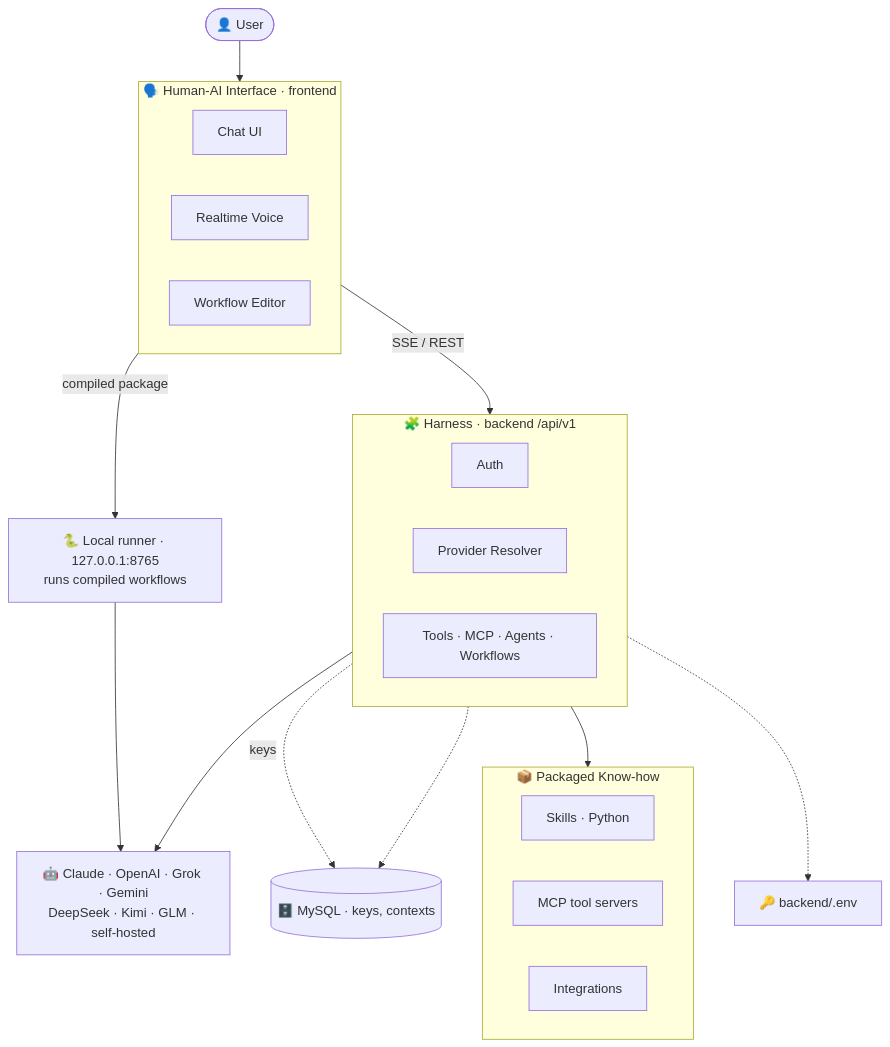
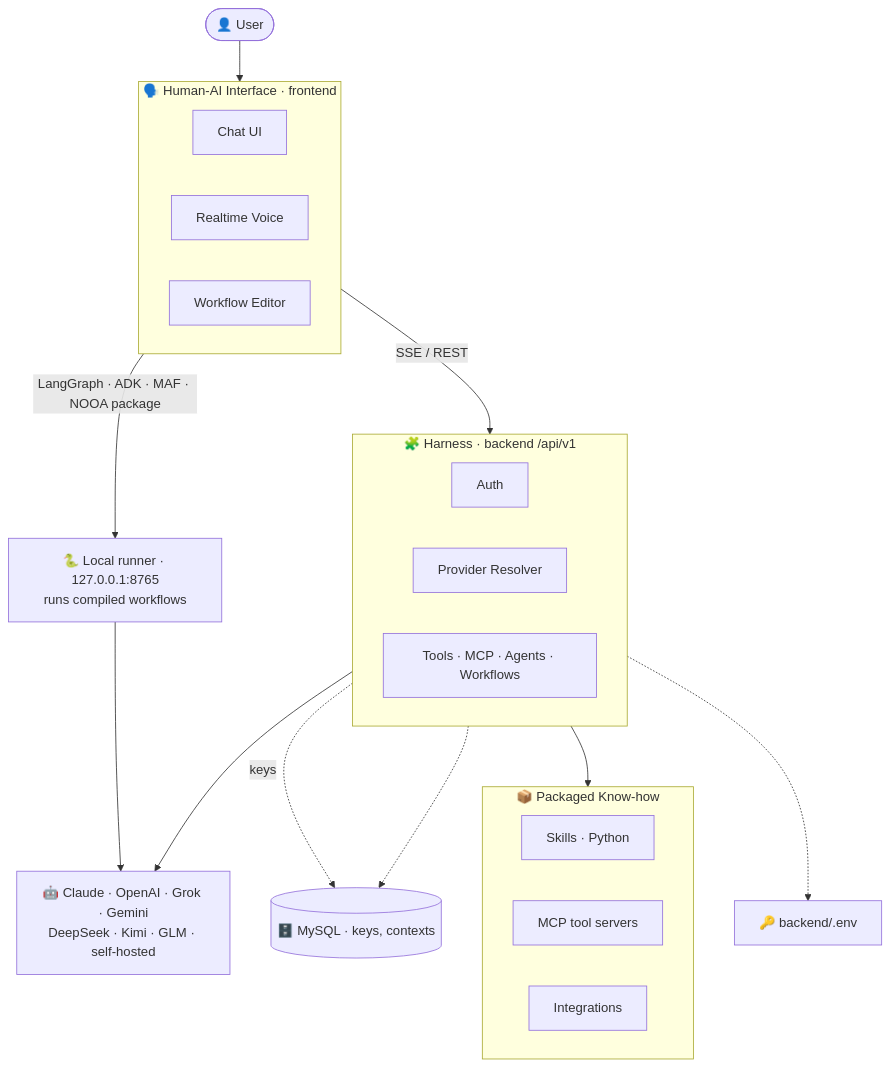
The diagram in README.md (didierphmartin/gpt), drawn with Mermaid before and after one commit. The commit also changed other lines of this file and 1 other file, not shown here.

First line of the commit message:
docs(readme): GPT - New generation Harness; compiled workflows front and centre

````diff
--- a/README.md
+++ b/README.md
@@ -61,40 +154,40 @@
 ```mermaid
 graph TD
     User(["👤 User"])
 
     subgraph UI["🗣️ Human-AI Interface · frontend"]
         direction LR
         Chat["Chat UI"]
         Voice["Realtime Voice"]
         Flow["Workflow Editor"]
     end
 
     subgraph Harness["🧩 Harness · backend /api/v1"]
         direction LR
         Auth["Auth"]
         Resolver["Provider Resolver"]
         Exec["Tools · MCP · Agents · Workflows"]
     end
 
     subgraph Know["📦 Packaged Know-how"]
         direction LR
         SkillsK["Skills · Python"]
         ToolsK["MCP tool servers"]
         Integ["Integrations"]
     end
 
     Providers["🤖 Claude · OpenAI · Grok · Gemini<br/>DeepSeek · Kimi · GLM · self-hosted"]
     Store[("🗄️ MySQL · keys, contexts")]
     Secrets["🔑 backend/.env"]
     Runner["🐍 Local runner · 127.0.0.1:8765<br/>runs compiled workflows"]
 
     User --> UI
     UI -->|"SSE / REST"| Harness
     Harness --> Providers
     Exec --> Know
     Resolver -.->|keys| Store
     Auth -.-> Store
     Harness -.-> Secrets
-    Flow -->|"compiled package"| Runner
+    Flow -->|"LangGraph · ADK · MAF · NOOA package"| Runner
     Runner --> Providers
 ```
````
